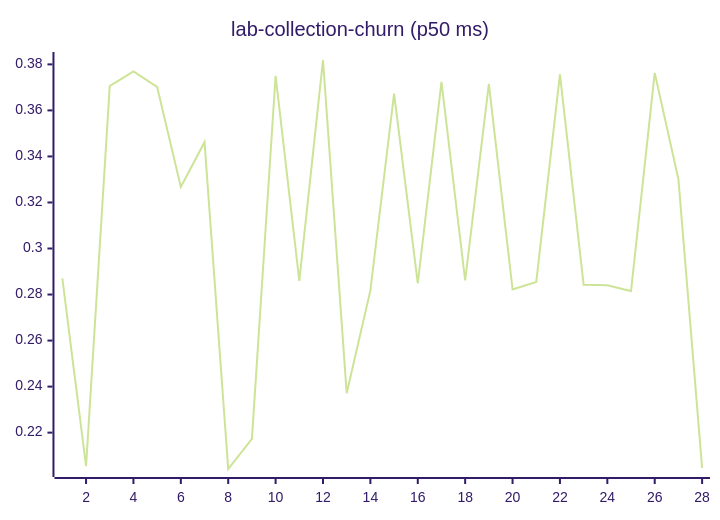
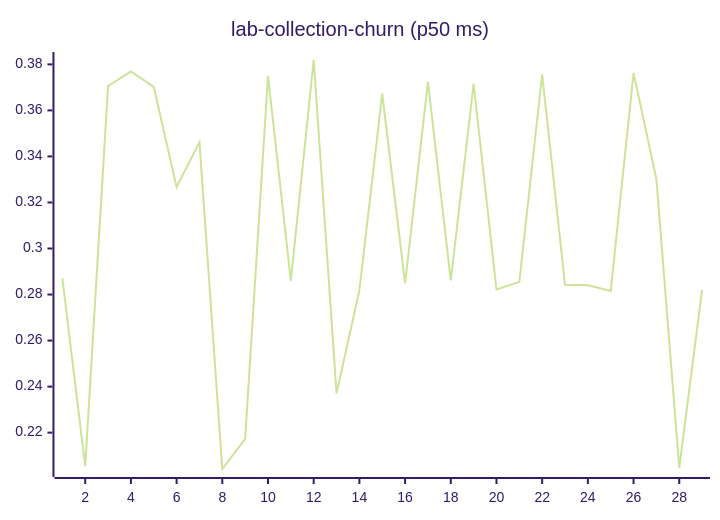
One commit to josha/Facet changed diagram 11 of 27 in README.md. Above: the diagram before and after it, drawn with Mermaid (forest theme). The commit also changed other lines of this file and 2 other files, not shown here.

````diff
--- a/README.md
+++ b/README.md
@@ -133,6 +133,6 @@
 ```mermaid
 xychart-beta
     title "lab-collection-churn (p50 ms)"
-    x-axis 1 --> 28
-    line [0.2870, 0.2054, 0.3706, 0.3769, 0.3702, 0.3267, 0.3462, 0.2042, 0.2173, 0.3750, 0.2859, 0.3819, 0.2371, 0.2818, 0.3673, 0.2848, 0.3724, 0.2861, 0.3715, 0.2822, 0.2855, 0.3757, 0.2842, 0.2840, 0.2815, 0.3763, 0.3301, 0.2047]
+    x-axis 1 --> 29
+    line [0.2870, 0.2054, 0.3706, 0.3769, 0.3702, 0.3267, 0.3462, 0.2042, 0.2173, 0.3750, 0.2859, 0.3819, 0.2371, 0.2818, 0.3673, 0.2848, 0.3724, 0.2861, 0.3715, 0.2822, 0.2855, 0.3757, 0.2842, 0.2840, 0.2815, 0.3763, 0.3301, 0.2047, 0.2821]
 ```
````
